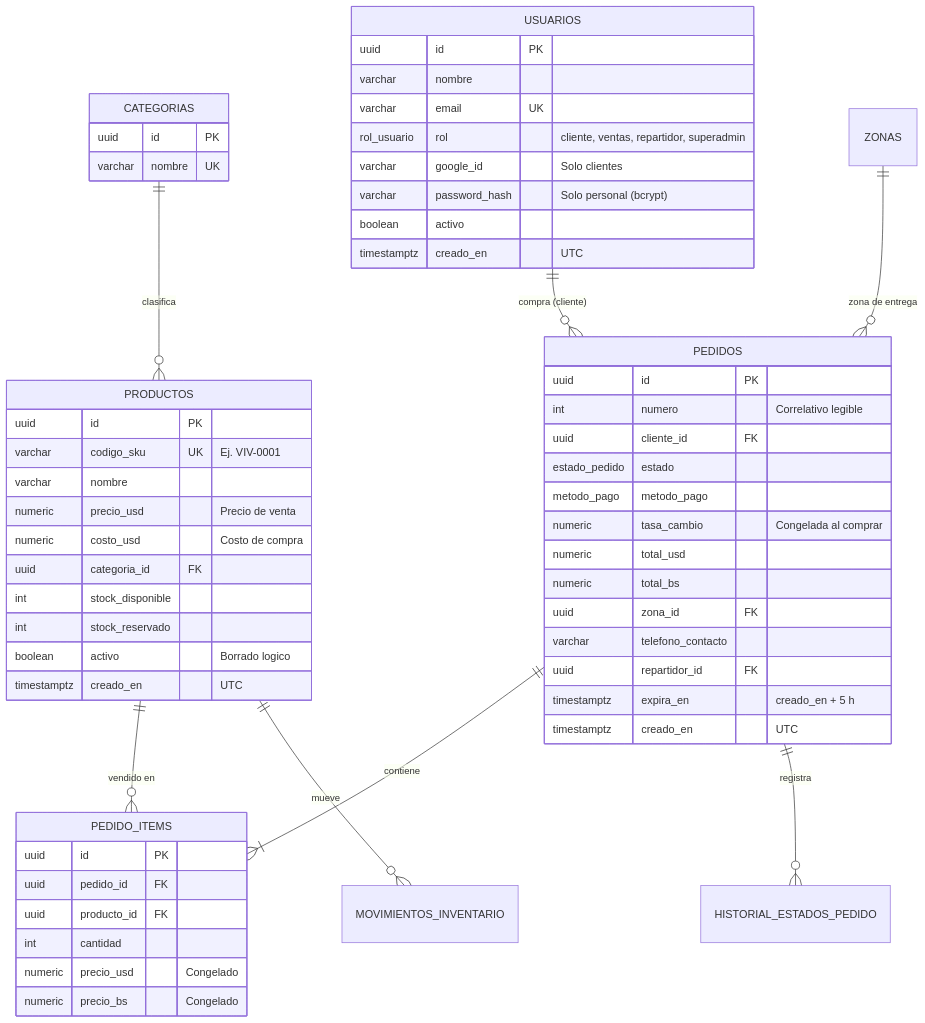
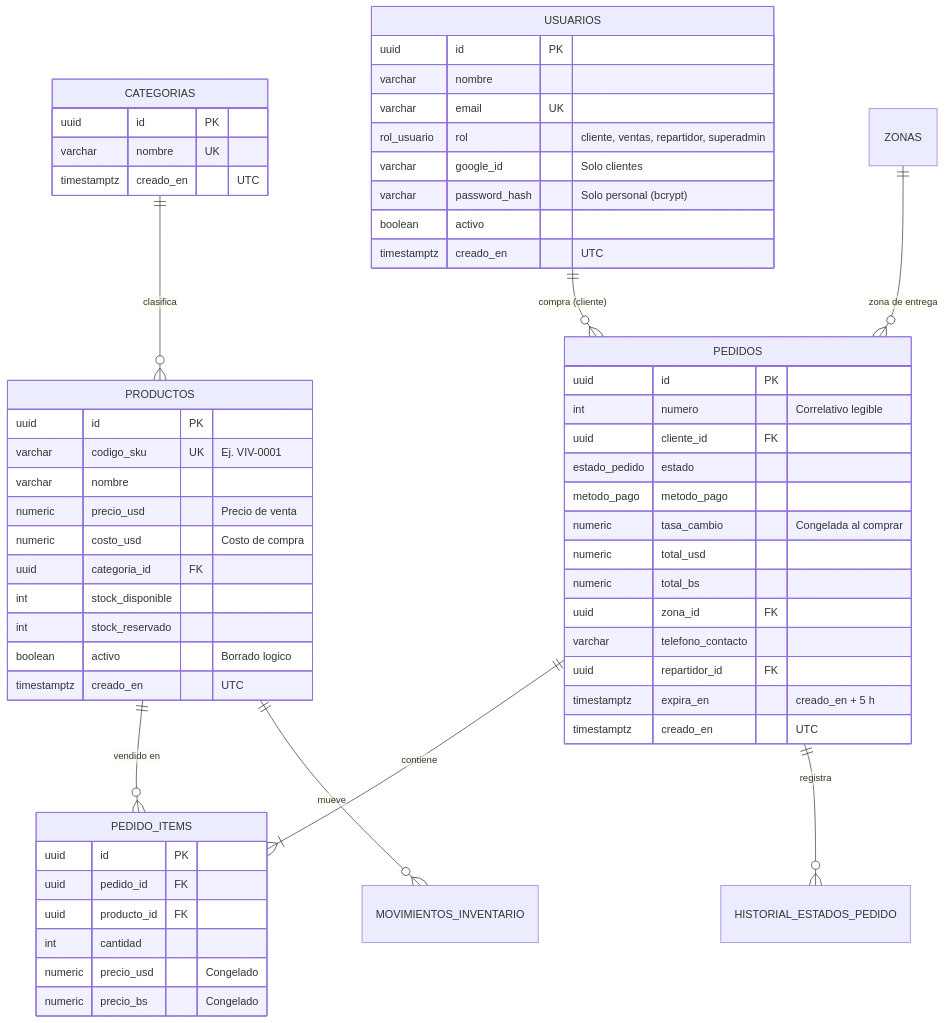
The diagram in README.md (FranciscoSanchez001/Backend_Almacen), drawn with Mermaid before and after one commit. The commit also changed other lines of this file and 7 other files, not shown here.

````diff
--- a/README.md
+++ b/README.md
@@ -98,60 +99,61 @@
 ```mermaid
 erDiagram
     CATEGORIAS ||--o{ PRODUCTOS : "clasifica"
     USUARIOS ||--o{ PEDIDOS : "compra (cliente)"
     ZONAS ||--o{ PEDIDOS : "zona de entrega"
     PEDIDOS ||--|{ PEDIDO_ITEMS : "contiene"
     PRODUCTOS ||--o{ PEDIDO_ITEMS : "vendido en"
     PEDIDOS ||--o{ HISTORIAL_ESTADOS_PEDIDO : "registra"
     PRODUCTOS ||--o{ MOVIMIENTOS_INVENTARIO : "mueve"
 
     CATEGORIAS {
         uuid id PK
         varchar nombre UK
+        timestamptz creado_en "UTC"
     }
     PRODUCTOS {
         uuid id PK
         varchar codigo_sku UK "Ej. VIV-0001"
         varchar nombre
         numeric precio_usd "Precio de venta"
         numeric costo_usd "Costo de compra"
         uuid categoria_id FK
         int stock_disponible
         int stock_reservado
         boolean activo "Borrado logico"
         timestamptz creado_en "UTC"
     }
     USUARIOS {
         uuid id PK
         varchar nombre
         varchar email UK
         rol_usuario rol "cliente, ventas, repartidor, superadmin"
         varchar google_id "Solo clientes"
         varchar password_hash "Solo personal (bcrypt)"
         boolean activo
         timestamptz creado_en "UTC"
     }
     PEDIDOS {
         uuid id PK
         int numero "Correlativo legible"
         uuid cliente_id FK
         estado_pedido estado
         metodo_pago metodo_pago
         numeric tasa_cambio "Congelada al comprar"
         numeric total_usd
         numeric total_bs
         uuid zona_id FK
         varchar telefono_contacto
         uuid repartidor_id FK
         timestamptz expira_en "creado_en + 5 h"
         timestamptz creado_en "UTC"
     }
     PEDIDO_ITEMS {
         uuid id PK
         uuid pedido_id FK
         uuid producto_id FK
         int cantidad
         numeric precio_usd "Congelado"
         numeric precio_bs "Congelado"
     }
 ```
````
